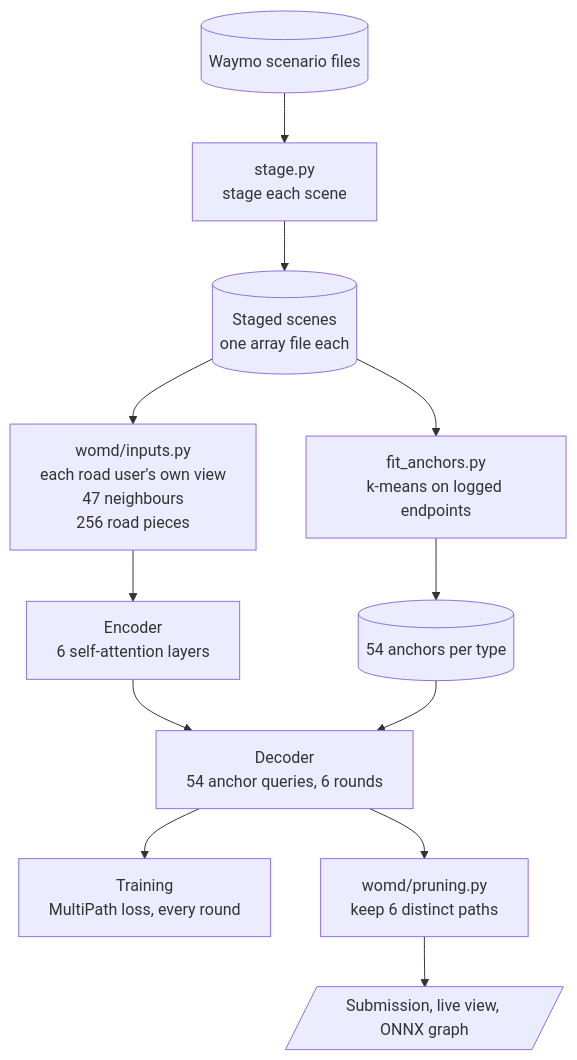
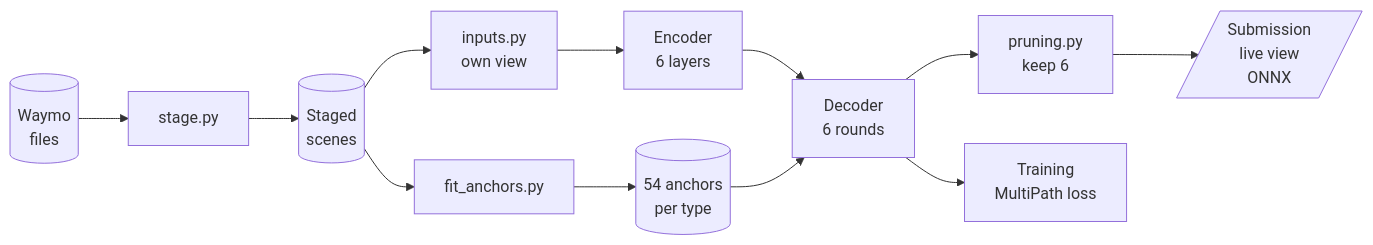
Before and after one commit to Scott-Grew/MotionNet-avPrediction: the diagram in README.md, drawn with Mermaid.

Commit message:
lay the architecture out left to right

````diff
--- a/README.md
+++ b/README.md
@@ -61,17 +61,9 @@
 ```mermaid
-flowchart TD
-    RAW[("Waymo scenario files")]
-    STAGE["stage.py<br/>stage each scene"]
-    STAGED[("Staged scenes<br/>one array file each")]
-    FIT["fit_anchors.py<br/>k-means on logged endpoints"]
-    ANCHORS[("54 anchors per type")]
-    INPUTS["womd/inputs.py<br/>each road user's own view<br/>47 neighbours<br/>256 road pieces"]
-    ENCODER["Encoder<br/>6 self-attention layers"]
-    DECODER["Decoder<br/>54 anchor queries, 6 rounds"]
-    LOSS["Training<br/>MultiPath loss, every round"]
-    PRUNE["womd/pruning.py<br/>keep 6 distinct paths"]
-    OUT[/"Submission, live view, ONNX graph"/]
-    RAW --> STAGE --> STAGED --> INPUTS --> ENCODER --> DECODER --> PRUNE --> OUT
-    STAGED --> FIT --> ANCHORS --> DECODER
-    DECODER --> LOSS
+flowchart LR
+    RAW[("Waymo<br/>files")] --> STAGE["stage.py"] --> STAGED[("Staged<br/>scenes")]
+    STAGED --> INPUTS["inputs.py<br/>own view"] --> ENCODER["Encoder<br/>6 layers"]
+    ENCODER --> DECODER["Decoder<br/>6 rounds"] --> PRUNE["pruning.py<br/>keep 6"]
+    PRUNE --> OUT[/"Submission<br/>live view<br/>ONNX"/]
+    STAGED --> FIT["fit_anchors.py"] --> ANCHORS[("54 anchors<br/>per type")] --> DECODER
+    DECODER --> LOSS["Training<br/>MultiPath loss"]
 ```
````
